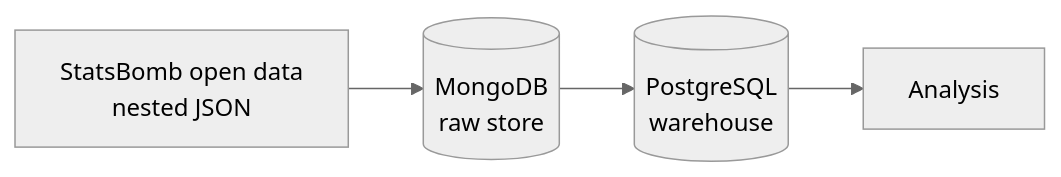
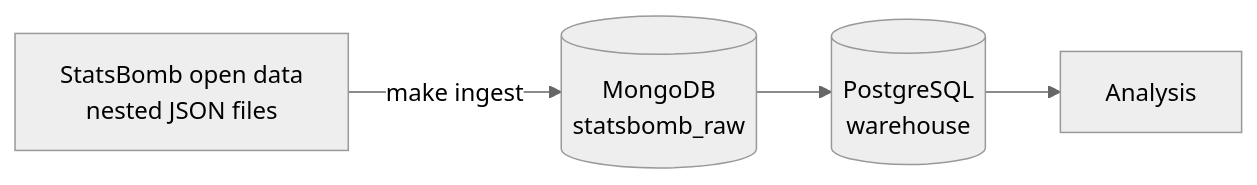
One commit to alinavabz/football-analytics changed the diagram in README.md. Above: the diagram before and after it, drawn with Mermaid (neutral theme). The commit also changed other lines of this file and 11 other files, not shown here.

First line of the commit message:
feat: raw ingestion of StatsBomb data into MongoDB (FBA-2) (#4)

````diff
--- a/README.md
+++ b/README.md
@@ -7,6 +7,6 @@
 ```mermaid
 flowchart LR
-    SB[StatsBomb open data<br/>nested JSON] --> M[(MongoDB<br/>raw store)]
+    SB[StatsBomb open data<br/>nested JSON files] -->|make ingest| M[(MongoDB<br/>statsbomb_raw)]
     M --> P[(PostgreSQL<br/>warehouse)]
     P --> A[Analysis]
 ```
````
